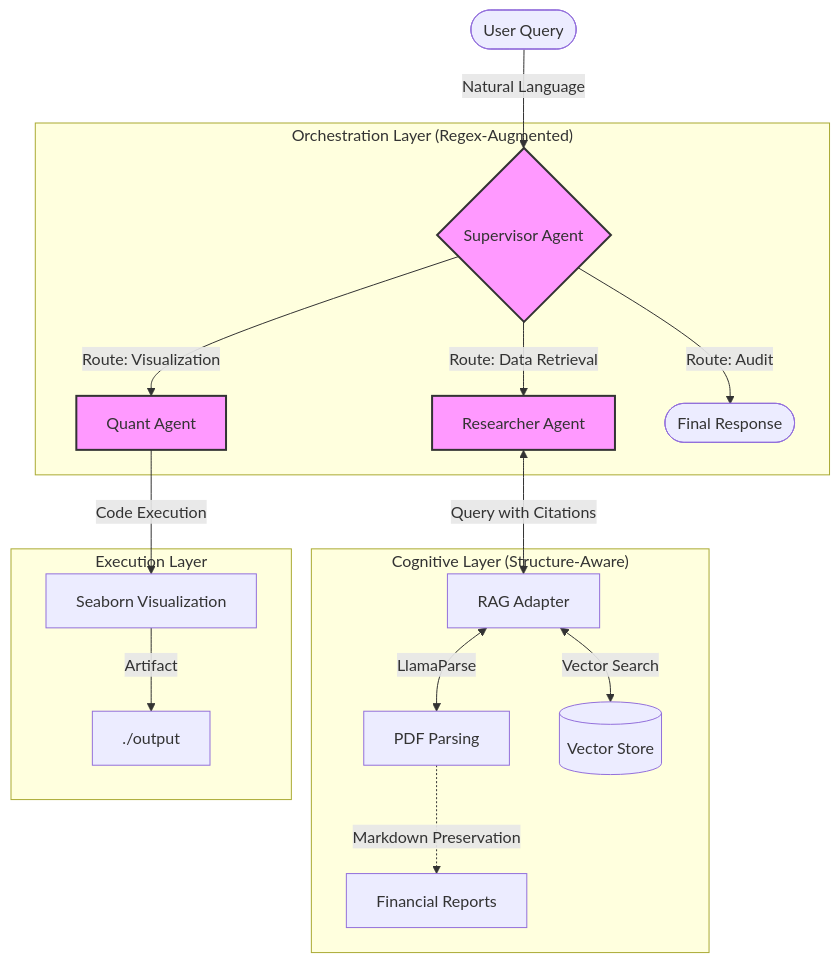
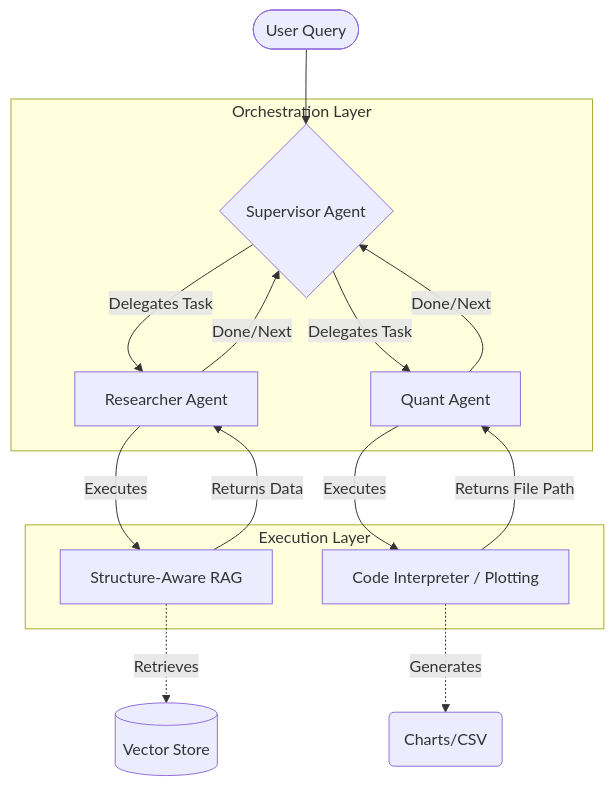
The diagram in README.md (Zhi-Chao-PAN/LangGraph-Financial-Swarm), drawn with Mermaid before and after one commit. The commit also changed other lines of this file and 3 other files, not shown here.

Commit message:
feat: elevate project to academic production standards (architecture, security, docs)

````diff
--- a/README.md
+++ b/README.md
@@ -30,25 +14,22 @@
 ```mermaid
 graph TD
-    User([User Query]) -->|Natural Language| Supervisor{Supervisor Agent}
+    User([User Query]) --> Supervisor{Supervisor Agent}
     
-    subgraph "Orchestration Layer (Regex-Augmented)"
-        Supervisor -->|Route: Data Retrieval| Researcher[Researcher Agent]
-        Supervisor -->|Route: Visualization| Quant[Quant Agent]
-        Supervisor -->|Route: Audit| Final([Final Response])
-    end
-    
-    subgraph "Cognitive Layer (Structure-Aware)"
-        Researcher <-->|Query with Citations| Adapter[RAG Adapter]
-        Adapter <-->|LlamaParse| Ingestion[PDF Parsing]
-        Adapter <-->|Vector Search| VectorDB[(Vector Store)]
-        Ingestion -.->|Markdown Preservation| PDF[Financial Reports]
+    subgraph "Orchestration Layer"
+        Supervisor -->|Delegates Task| Researcher[Researcher Agent]
+        Supervisor -->|Delegates Task| Quant[Quant Agent]
+        Researcher -->|Done/Next| Supervisor
+        Quant -->|Done/Next| Supervisor
     end
     
     subgraph "Execution Layer"
-        Quant -->|Code Execution| Plot[Seaborn Visualization]
-        Plot -->|Artifact| OutputDir[./output]
+        Researcher -->|Executes| Tool_RAG[Structure-Aware RAG]
+        Quant -->|Executes| Tool_Plot[Code Interpreter / Plotting]
+        
+        Tool_RAG -->|Returns Data| Researcher
+        Tool_Plot -->|Returns File Path| Quant
     end
     
-    classDef main fill:#f9f,stroke:#333,stroke-width:2px;
-    class Supervisor,Researcher,Quant main;
+    Tool_RAG -.->|Retrieves| VectorDB[(Vector Store)]
+    Tool_Plot -.->|Generates| Artifacts(Charts/CSV)
 ```
````
